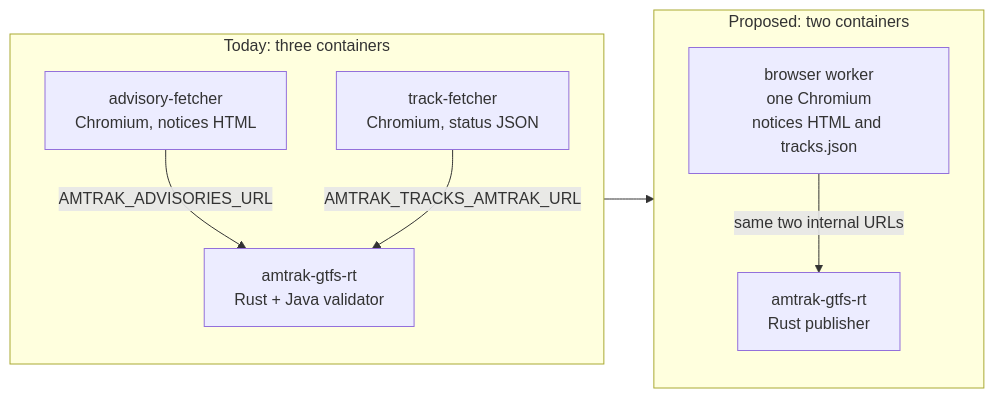
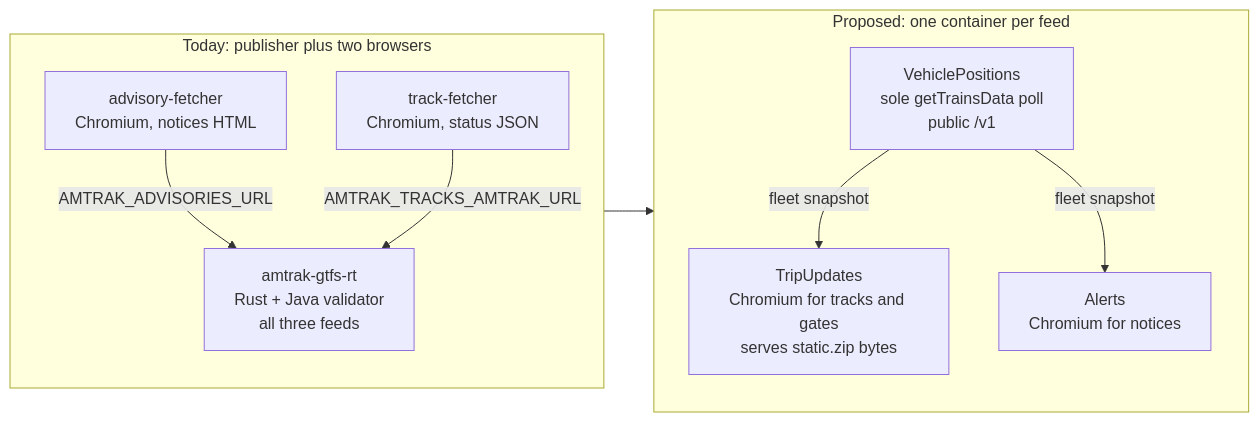
Before and after one commit to sohampatwardhan/Amtrak-GTFS-RT: the first of 3 diagrams in docs/rearchitecture.md, drawn with Mermaid. The commit also changed other lines of this file, not shown here.

First line of the commit message:
Retarget the proposal at one container per GTFS-RT feed.

````diff
--- a/docs/rearchitecture.md
+++ b/docs/rearchitecture.md
@@ -21,18 +24,20 @@
 ```mermaid
 flowchart LR
-  subgraph today["Today: three containers"]
+  subgraph today["Today: publisher plus two browsers"]
     direction TB
     adv["advisory-fetcher<br/>Chromium, notices HTML"]
     trk["track-fetcher<br/>Chromium, status JSON"]
-    pub["amtrak-gtfs-rt<br/>Rust + Java validator"]
+    pub["amtrak-gtfs-rt<br/>Rust + Java validator<br/>all three feeds"]
     adv -->|AMTRAK_ADVISORIES_URL| pub
     trk -->|AMTRAK_TRACKS_AMTRAK_URL| pub
   end
-  subgraph proposed["Proposed: two containers"]
+  subgraph proposed["Proposed: one container per feed"]
     direction TB
-    browser["browser worker<br/>one Chromium<br/>notices HTML and tracks.json"]
-    next["amtrak-gtfs-rt<br/>Rust publisher"]
-    browser -->|same two internal URLs| next
+    vp["VehiclePositions<br/>sole getTrainsData poll<br/>public /v1"]
+    tu["TripUpdates<br/>Chromium for tracks and gates<br/>serves static.zip bytes"]
+    al["Alerts<br/>Chromium for notices"]
+    vp -->|fleet snapshot| tu
+    vp -->|fleet snapshot| al
   end
   today --> proposed
 ```
````
